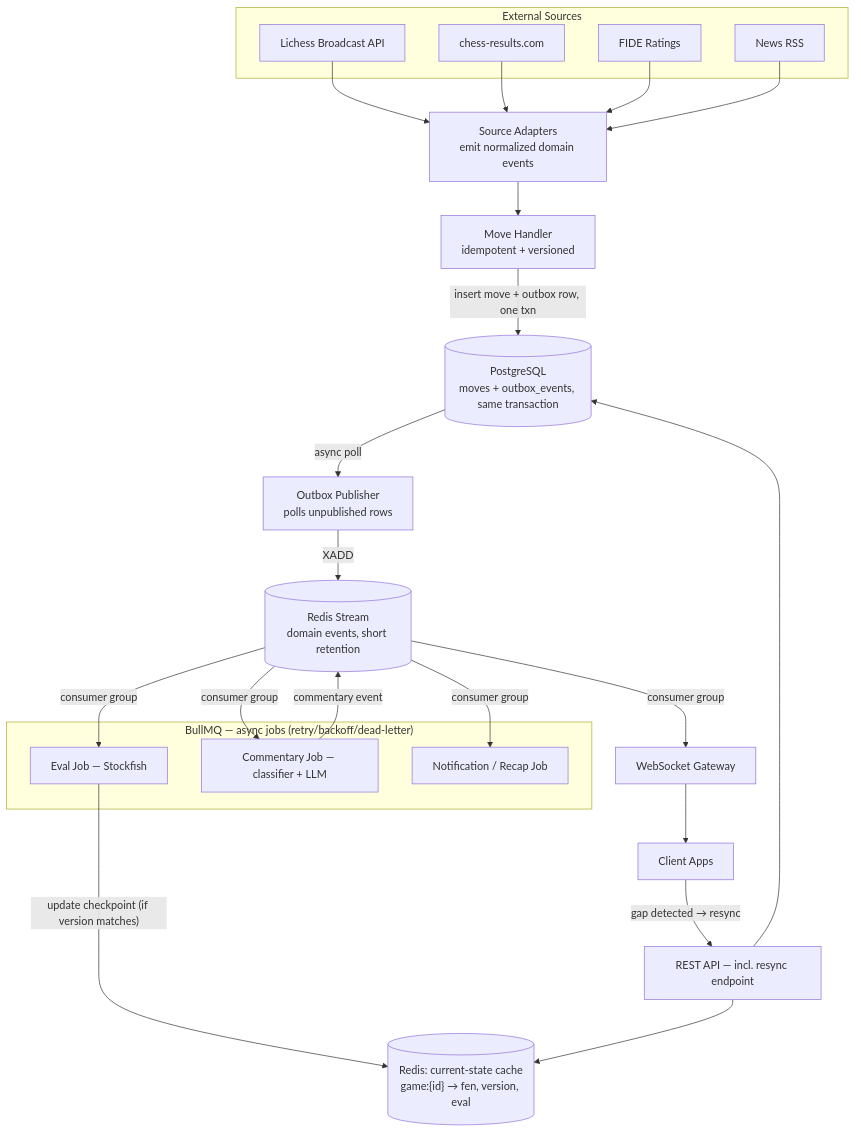
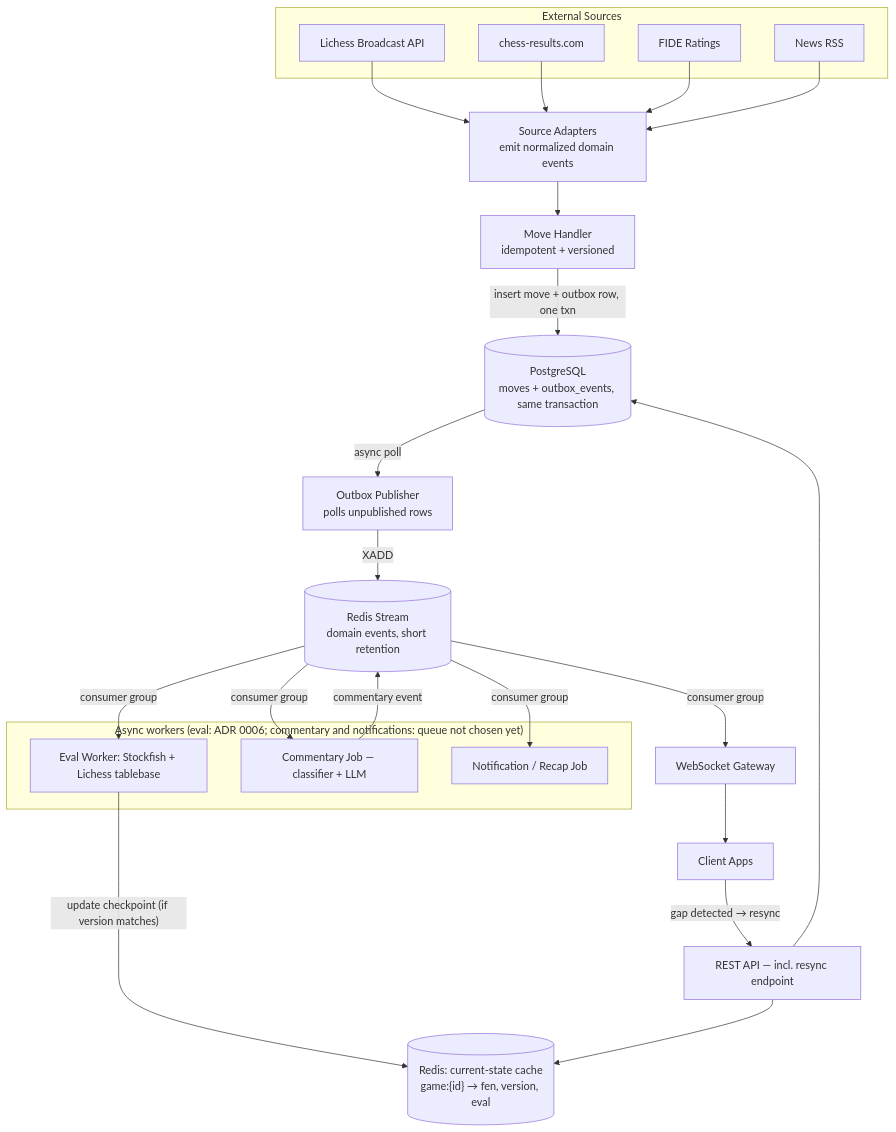
The diagram in docs/live-chess-app-architecture.md (AbhishekBalija/LiveChess), drawn with Mermaid before and after one commit. The commit also changed other lines of this file and 4 other files, not shown here.

First line of the commit message:
docs: ADR 0006, eval from a server Stockfish worker plus the tablebase

````diff
--- a/docs/live-chess-app-architecture.md
+++ b/docs/live-chess-app-architecture.md
@@ -15,38 +15,38 @@
 ```mermaid
 flowchart TB
     subgraph Sources["External Sources"]
         A1[Lichess Broadcast API]
         A2["chess-results.com"]
         A3["FIDE Ratings"]
         A4["News RSS"]
     end
 
     SA["Source Adapters<br/>emit normalized domain events"]
     MH["Move Handler<br/>idempotent + versioned"]
     P1[(PostgreSQL<br/>moves + outbox_events, same transaction)]
     OP["Outbox Publisher<br/>polls unpublished rows"]
     C2[("Redis Stream<br/>domain events, short retention")]
     C1[("Redis: current-state cache<br/>game:{id} → fen, version, eval")]
 
-    subgraph Queue["BullMQ — async jobs (retry/backoff/dead-letter)"]
-        Q1[Eval Job — Stockfish]
+    subgraph Queue["Async workers (eval: ADR 0006; commentary and notifications: queue not chosen yet)"]
+        Q1["Eval Worker: Stockfish + Lichess tablebase"]
         Q2[Commentary Job — classifier + LLM]
         Q3[Notification / Recap Job]
     end
 
     D2[WebSocket Gateway]
     D1["REST API — incl. resync endpoint"]
     CL[Client Apps]
 
     A1 & A2 & A3 & A4 --> SA --> MH
     MH -- "insert move + outbox row, one txn" --> P1
     P1 -- "async poll" --> OP
     OP -- "XADD" --> C2
     C2 -- consumer group --> D2 & Q1 & Q2 & Q3
     Q1 -- "update checkpoint (if version matches)" --> C1
     Q2 -- "commentary event" --> C2
     D2 --> CL
     CL -- "gap detected → resync" --> D1
     D1 --> P1
     D1 --> C1
 ```
````
